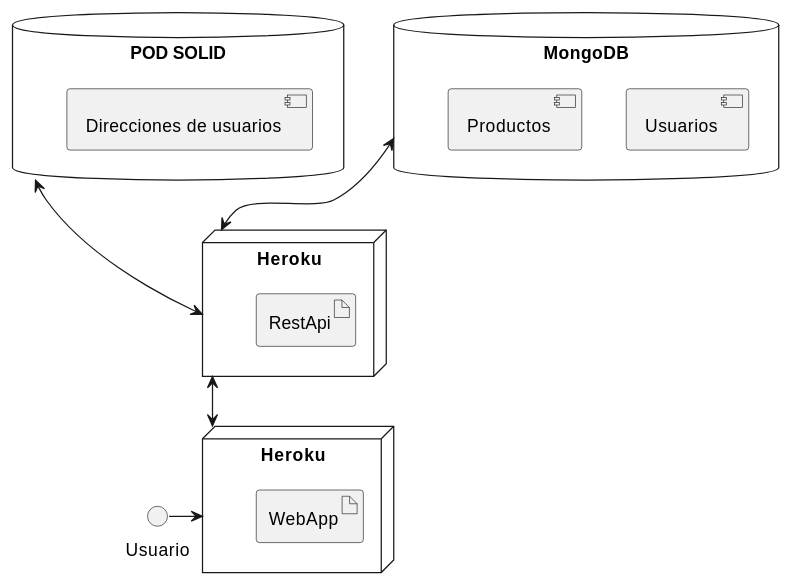
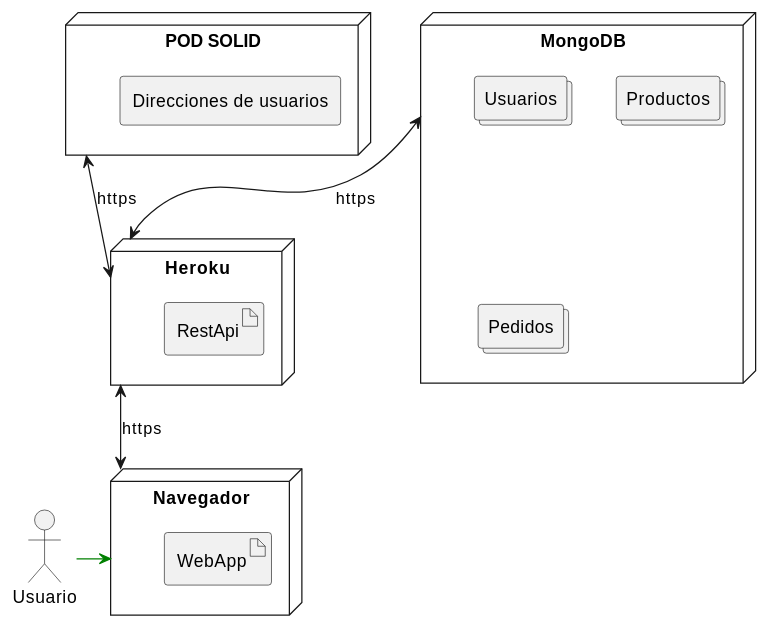
The diagram in docs/07_deployment_view.adoc (Arquisoft/Arquisoft-dede_es_02b), drawn with PlantUML before and after one commit. The commit also changed other lines of this file, not shown here.

Commit message:
Punto 7 documentación

```diff
--- a/docs/07_deployment_view.adoc
+++ b/docs/07_deployment_view.adoc
@@ -4,24 +4,27 @@
 [plantuml, deployment_view1, svg]
 ----
-database "POD SOLID" as pod {
-  [Direcciones de usuarios]
+node "POD SOLID" as pod {
+  agent "Direcciones de usuarios"
 }
 
-database "MongoDB" as mongo {
-    [Usuarios]
-    [Productos]
+node "MongoDB" as mongo {
+  collections Usuarios
+  collections Productos
+  collections Pedidos
 }
 
-node "Heroku" as web {
+node "Navegador" as web {
   artifact "WebApp"
 }
 
 node "Heroku" as rest {
   artifact "RestApi"
 }
 
-rest <--> web
-mongo <--> rest
-Usuario -> web
-pod <--> rest
+actor Usuario
+
+rest <--> web: https
+mongo <--> rest: https
+Usuario -[#green]> web
+pod <--> rest: https
 ----
```
